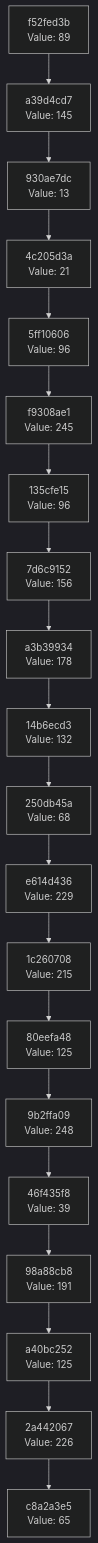
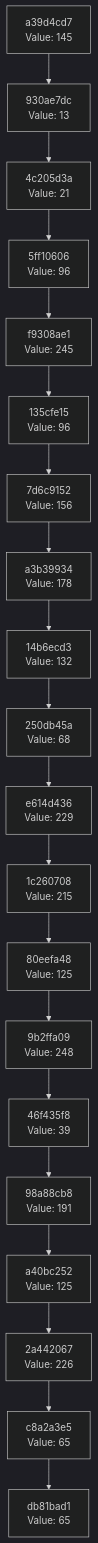
One commit to Abhisheksinha1506/hash-chain-evolver changed the diagram in docs/CHAIN_VISUALIZATION.md. Above: the diagram before and after it, drawn with Mermaid (dark theme). The commit also changed 1 other file, not shown here.

Commit message:
Evolution Step

````diff
--- a/docs/CHAIN_VISUALIZATION.md
+++ b/docs/CHAIN_VISUALIZATION.md
@@ -3,42 +3,42 @@
 ```mermaid
 graph TD
-    C0["c8a2a3e5<br/>Value: 65"]
-    C1["2a442067<br/>Value: 226"]
+    C0["db81bad1<br/>Value: 65"]
+    C1["c8a2a3e5<br/>Value: 65"]
     C1 --> C0
-    C2["a40bc252<br/>Value: 125"]
+    C2["2a442067<br/>Value: 226"]
     C2 --> C1
-    C3["98a88cb8<br/>Value: 191"]
+    C3["a40bc252<br/>Value: 125"]
     C3 --> C2
-    C4["46f435f8<br/>Value: 39"]
+    C4["98a88cb8<br/>Value: 191"]
     C4 --> C3
-    C5["9b2ffa09<br/>Value: 248"]
+    C5["46f435f8<br/>Value: 39"]
     C5 --> C4
-    C6["80eefa48<br/>Value: 125"]
+    C6["9b2ffa09<br/>Value: 248"]
     C6 --> C5
-    C7["1c260708<br/>Value: 215"]
+    C7["80eefa48<br/>Value: 125"]
     C7 --> C6
-    C8["e614d436<br/>Value: 229"]
+    C8["1c260708<br/>Value: 215"]
     C8 --> C7
-    C9["250db45a<br/>Value: 68"]
+    C9["e614d436<br/>Value: 229"]
     C9 --> C8
-    C10["14b6ecd3<br/>Value: 132"]
+    C10["250db45a<br/>Value: 68"]
     C10 --> C9
-    C11["a3b39934<br/>Value: 178"]
+    C11["14b6ecd3<br/>Value: 132"]
     C11 --> C10
-    C12["7d6c9152<br/>Value: 156"]
+    C12["a3b39934<br/>Value: 178"]
     C12 --> C11
-    C13["135cfe15<br/>Value: 96"]
+    C13["7d6c9152<br/>Value: 156"]
     C13 --> C12
-    C14["f9308ae1<br/>Value: 245"]
+    C14["135cfe15<br/>Value: 96"]
     C14 --> C13
-    C15["5ff10606<br/>Value: 96"]
+    C15["f9308ae1<br/>Value: 245"]
     C15 --> C14
-    C16["4c205d3a<br/>Value: 21"]
+    C16["5ff10606<br/>Value: 96"]
     C16 --> C15
-    C17["930ae7dc<br/>Value: 13"]
+    C17["4c205d3a<br/>Value: 21"]
     C17 --> C16
-    C18["a39d4cd7<br/>Value: 145"]
+    C18["930ae7dc<br/>Value: 13"]
     C18 --> C17
-    C19["f52fed3b<br/>Value: 89"]
+    C19["a39d4cd7<br/>Value: 145"]
     C19 --> C18
 ```
````
